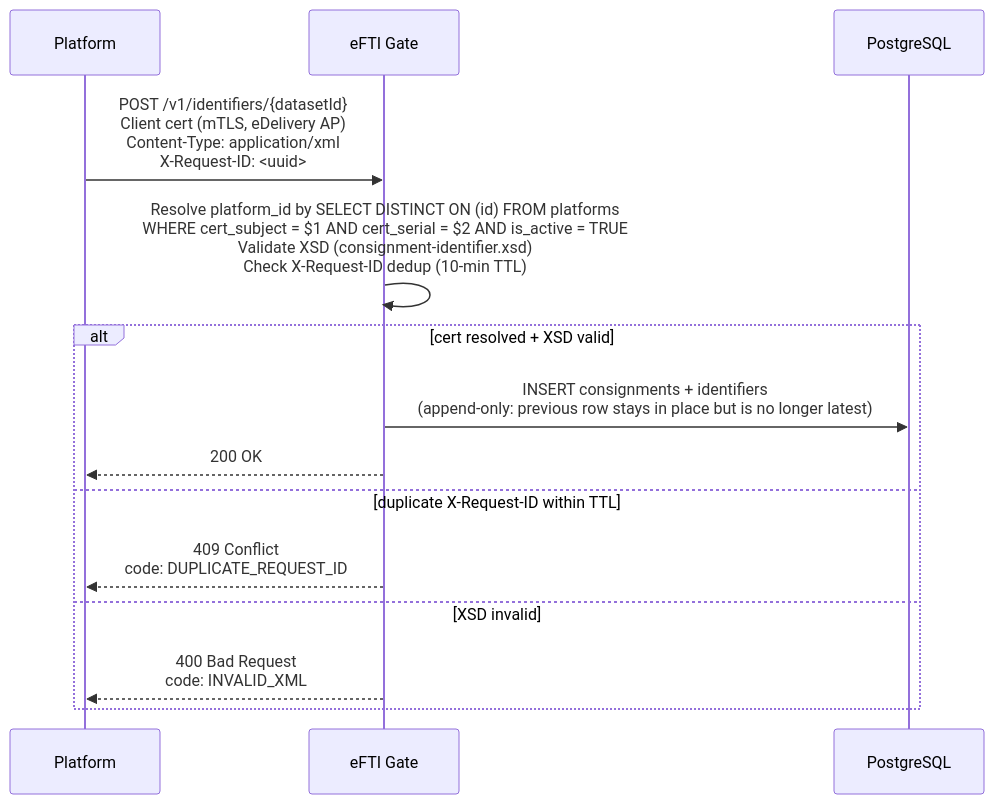
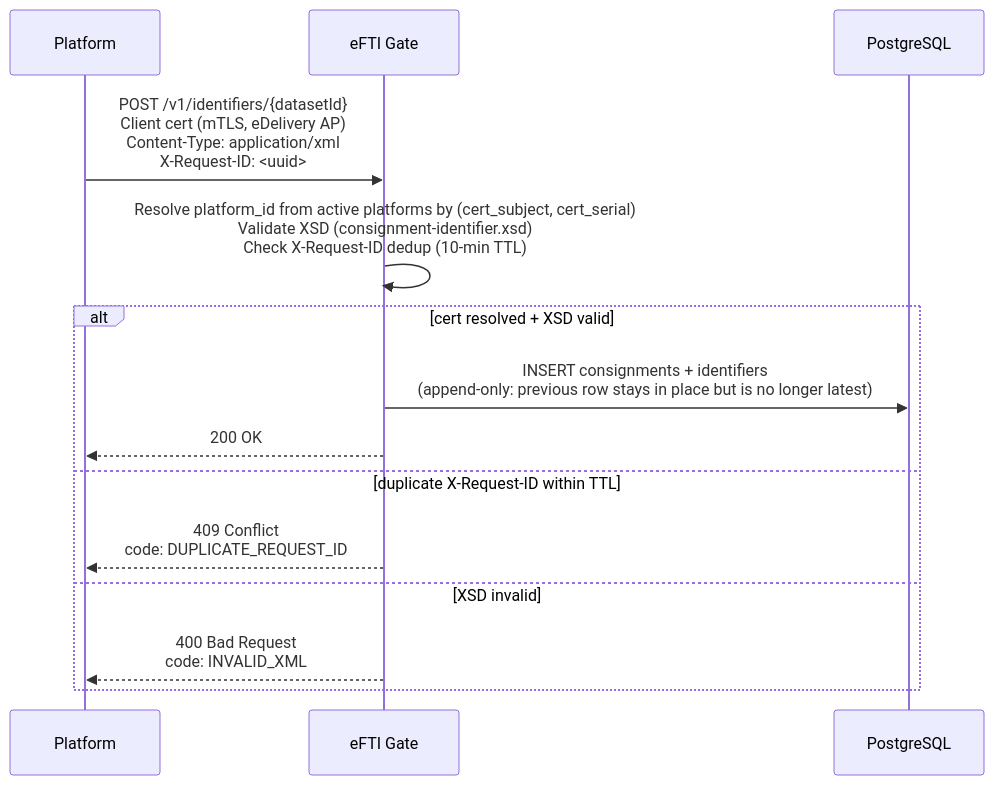
The diagram in docs/epics/epic_3_en.md (kemit-ee/efti-gate-ee), drawn with Mermaid before and after one commit. The commit also changed other lines of this file and 32 other files, not shown here.

First line of the commit message:
spec: principle — contract not code; strip SQL queries from non-schema files; declare break-glass + revoke-token contracts

````diff
--- a/docs/epics/epic_3_en.md
+++ b/docs/epics/epic_3_en.md
@@ -20,16 +20,16 @@
 ```mermaid
 sequenceDiagram
     participant Platform
     participant Gate as eFTI Gate
     participant DB as PostgreSQL
     Platform->>Gate: POST /v1/identifiers/{datasetId}<br/>Client cert (mTLS, eDelivery AP)<br/>Content-Type: application/xml<br/>X-Request-ID: <uuid>
-    Gate->>Gate: Resolve platform_id by SELECT DISTINCT ON (id) FROM platforms<br/>WHERE cert_subject = $1 AND cert_serial = $2 AND is_active = TRUE<br/>Validate XSD (consignment-identifier.xsd)<br/>Check X-Request-ID dedup (10-min TTL)
+    Gate->>Gate: Resolve platform_id from active platforms by (cert_subject, cert_serial)<br/>Validate XSD (consignment-identifier.xsd)<br/>Check X-Request-ID dedup (10-min TTL)
     alt cert resolved + XSD valid
         Gate->>DB: INSERT consignments + identifiers<br/>(append-only: previous row stays in place but is no longer latest)
         Gate-->>Platform: 200 OK
     else duplicate X-Request-ID within TTL
         Gate-->>Platform: 409 Conflict<br/>code: DUPLICATE_REQUEST_ID
     else XSD invalid
         Gate-->>Platform: 400 Bad Request<br/>code: INVALID_XML
     end
 ```
````
